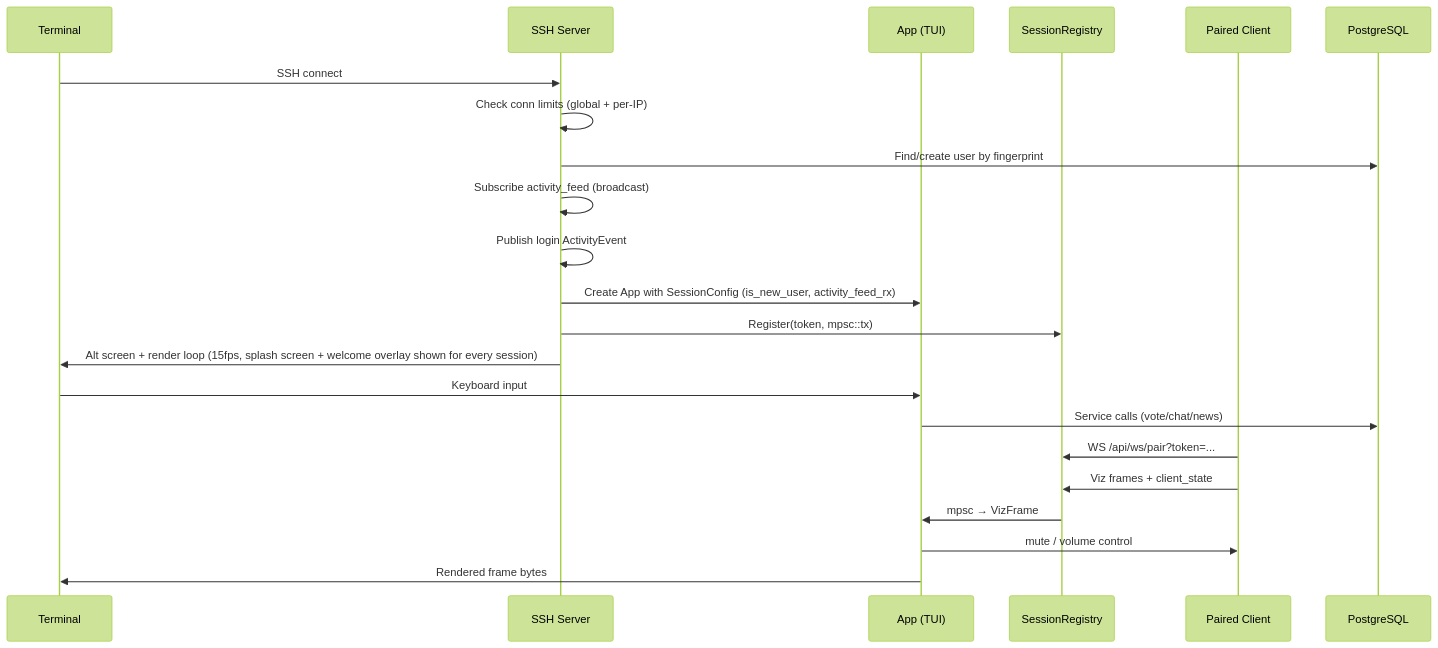
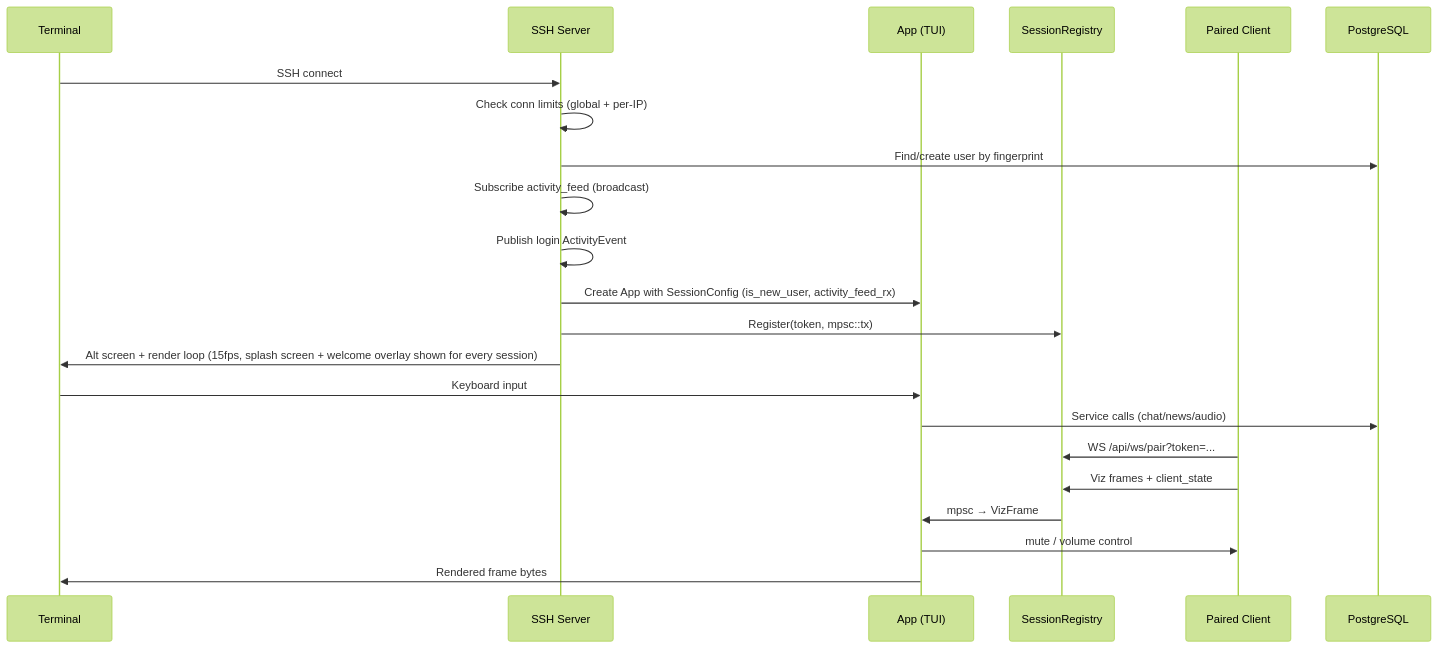
The second of 6 diagrams in CONTEXT.md (mpiorowski/late-sh), drawn with Mermaid (forest theme) before and after one commit. The commit also changed other lines of this file and 24 other files, not shown here.

````diff
--- a/CONTEXT.md
+++ b/CONTEXT.md
@@ -191,25 +191,25 @@
 ```mermaid
 sequenceDiagram
     participant T as Terminal
     participant S as SSH Server
     participant A as App (TUI)
     participant R as SessionRegistry
     participant B as Paired Client
     participant DB as PostgreSQL
 
     T->>S: SSH connect
     S->>S: Check conn limits (global + per-IP)
     S->>DB: Find/create user by fingerprint
     S->>S: Subscribe activity_feed (broadcast)
     S->>S: Publish login ActivityEvent
     S->>A: Create App with SessionConfig (is_new_user, activity_feed_rx)
     S->>R: Register(token, mpsc::tx)
     S->>T: Alt screen + render loop (15fps, splash screen + welcome overlay shown for every session)
     T->>A: Keyboard input
-    A->>DB: Service calls (vote/chat/news)
+    A->>DB: Service calls (chat/news/audio)
     B->>R: WS /api/ws/pair?token=...
     B->>R: Viz frames + client_state
     R->>A: mpsc → VizFrame
     A->>B: mute / volume control
     A->>T: Rendered frame bytes
 ```
````
